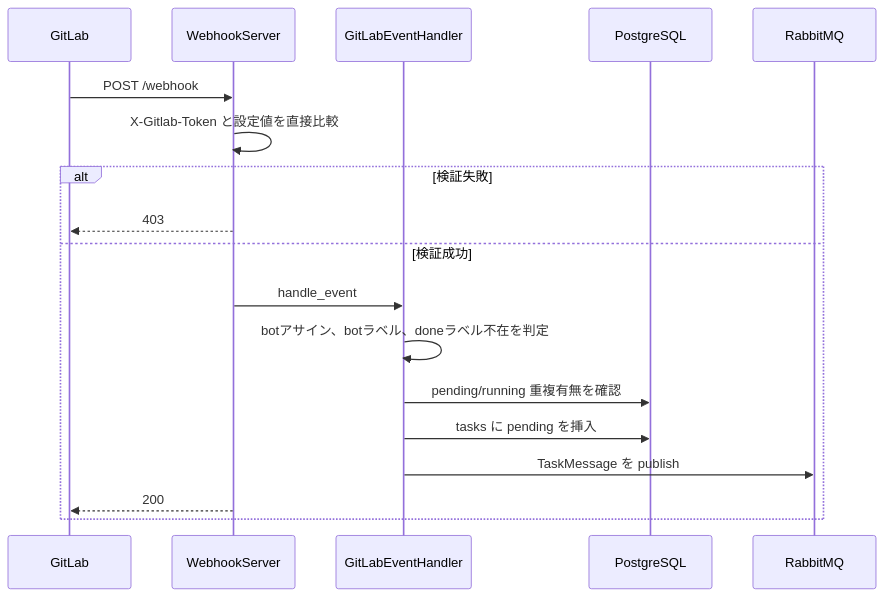
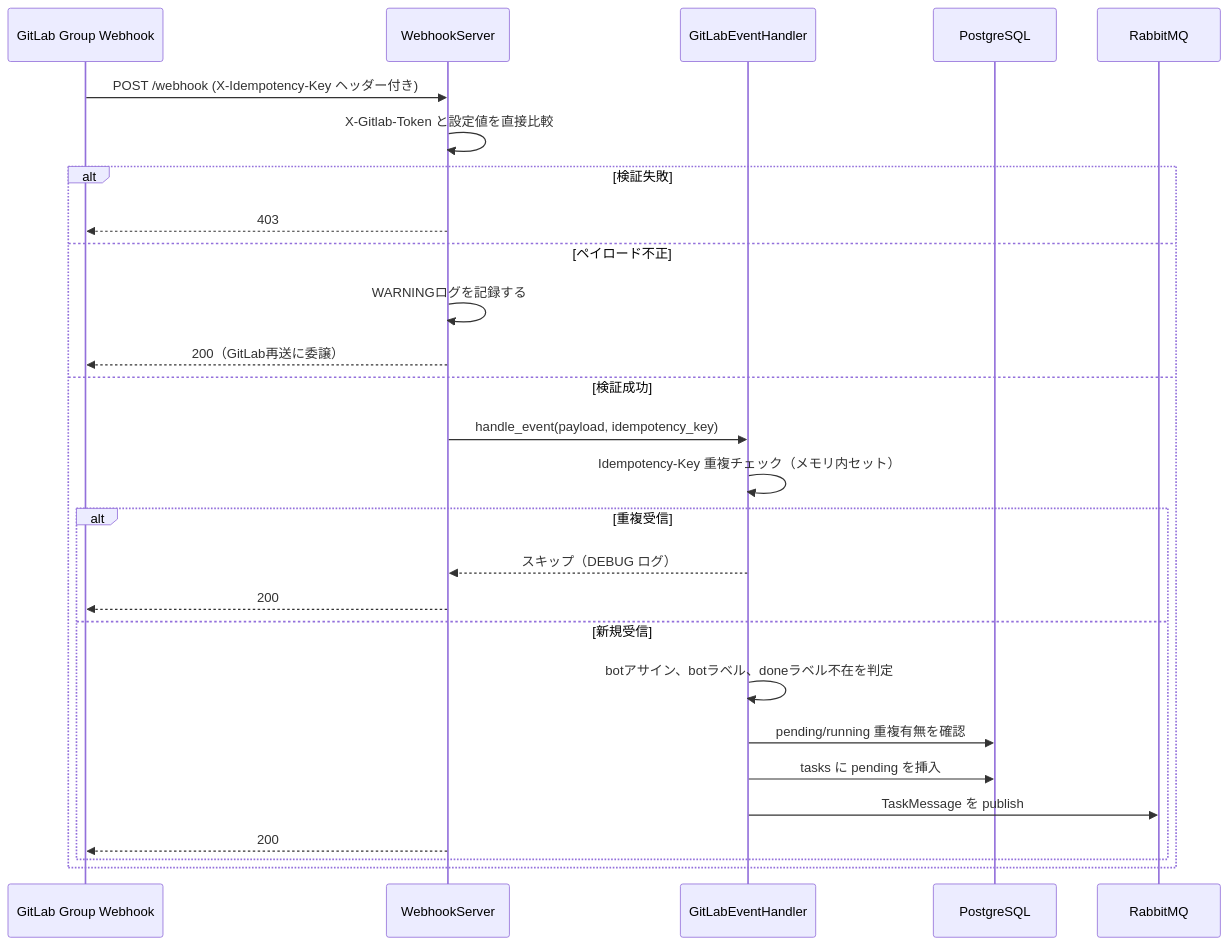
Before and after one commit to notfolder/CodingAgentAutomata: the fifth of 8 diagrams in docs/detail_design.md, drawn with Mermaid. The commit also changed other lines of this file and 2 other files, not shown here.

Commit message:
docs: 設計書・要件定義書に変更要件を反映し、UserEditView.vueにモデルサジェスト機能を追加
Agent-Logs-Url: https://github.com/notfolder/CodingAgentAutomata/sessions/db266f45-37d2-4600-bef1-bcb2f99fa1eb

````diff
--- a/docs/detail_design.md
+++ b/docs/detail_design.md
@@ -390,21 +391,30 @@
 ```mermaid
 sequenceDiagram
-    participant GL as GitLab
+    participant GL as GitLab Group Webhook
     participant WS as WebhookServer
     participant EH as GitLabEventHandler
     participant DB as PostgreSQL
     participant MQ as RabbitMQ
 
-    GL->>WS: POST /webhook
+    GL->>WS: POST /webhook (X-Idempotency-Key ヘッダー付き)
     WS->>WS: X-Gitlab-Token と設定値を直接比較
     alt 検証失敗
         WS-->>GL: 403
+    else ペイロード不正
+        WS->>WS: WARNINGログを記録する
+        WS-->>GL: 200（GitLab再送に委譲）
     else 検証成功
-        WS->>EH: handle_event
-        EH->>EH: botアサイン、botラベル、doneラベル不在を判定
-        EH->>DB: pending/running 重複有無を確認
-        EH->>DB: tasks に pending を挿入
-        EH->>MQ: TaskMessage を publish
-        WS-->>GL: 200
+        WS->>EH: handle_event(payload, idempotency_key)
+        EH->>EH: Idempotency-Key 重複チェック（メモリ内セット）
+        alt 重複受信
+            EH-->>WS: スキップ（DEBUG ログ）
+            WS-->>GL: 200
+        else 新規受信
+            EH->>EH: botアサイン、botラベル、doneラベル不在を判定
+            EH->>DB: pending/running 重複有無を確認
+            EH->>DB: tasks に pending を挿入
+            EH->>MQ: TaskMessage を publish
+            WS-->>GL: 200
+        end
     end
 ```
````
